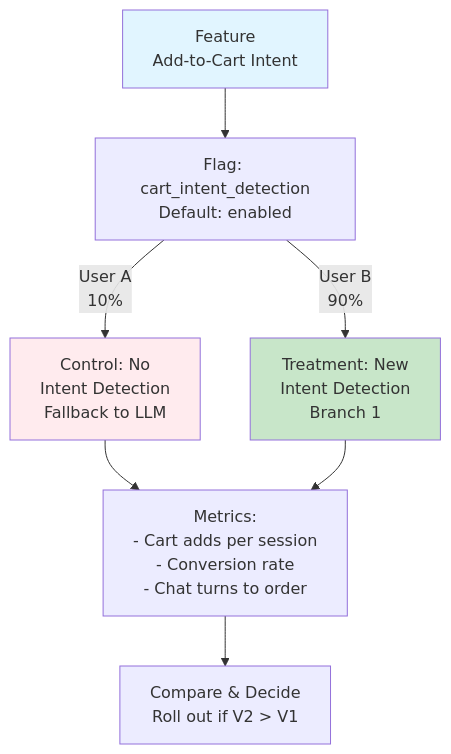
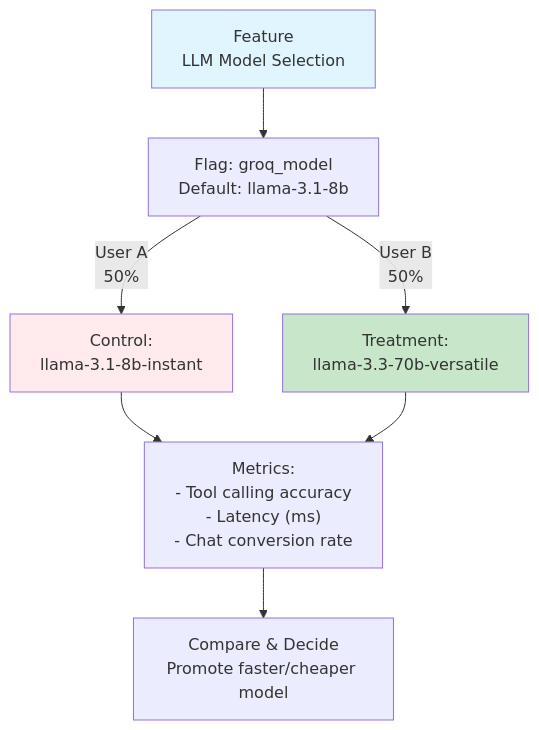
Before and after one commit to moafiif01/ecommerce_AI_agent: diagram 11 of 12 in DIAGRAMS.md, drawn with Mermaid. The commit also changed other lines of this file and 2 other files, not shown here.

Commit message:
docs: update system diagrams and project outlines to reflect autonomous tooling architecture

````diff
--- a/DIAGRAMS.md
+++ b/DIAGRAMS.md
@@ -469,18 +449,18 @@
 ```mermaid
 graph TD
-    Feature["Feature<br/>Add-to-Cart Intent"]
+    Feature["Feature<br/>LLM Model Selection"]
     
-    Feature --> Flag1["Flag: cart_intent_detection<br/>Default: enabled"]
+    Feature --> Flag1["Flag: groq_model<br/>Default: llama-3.1-8b"]
     
-    Flag1 -->|"User A<br/>10%"| V1["Control: No<br/>Intent Detection<br/>Fallback to LLM"]
-    Flag1 -->|"User B<br/>90%"| V2["Treatment: New<br/>Intent Detection<br/>Branch 1"]
+    Flag1 -->|"User A<br/>50%"| V1["Control:<br/>llama-3.1-8b-instant"]
+    Flag1 -->|"User B<br/>50%"| V2["Treatment:<br/>llama-3.3-70b-versatile"]
     
-    V1 --> Metric1["Metrics:<br/>- Cart adds per session<br/>- Conversion rate<br/>- Chat turns to order"]
+    V1 --> Metric1["Metrics:<br/>- Tool calling accuracy<br/>- Latency (ms)<br/>- Chat conversion rate"]
     V2 --> Metric1
     
-    Metric1 --> Decision["Compare & Decide<br/>Roll out if V2 > V1"]
+    Metric1 --> Decision["Compare & Decide<br/>Promote faster/cheaper model"]
     
     style Feature fill:#e1f5ff
     style V1 fill:#ffebee
     style V2 fill:#c8e6c9
 ```
````
